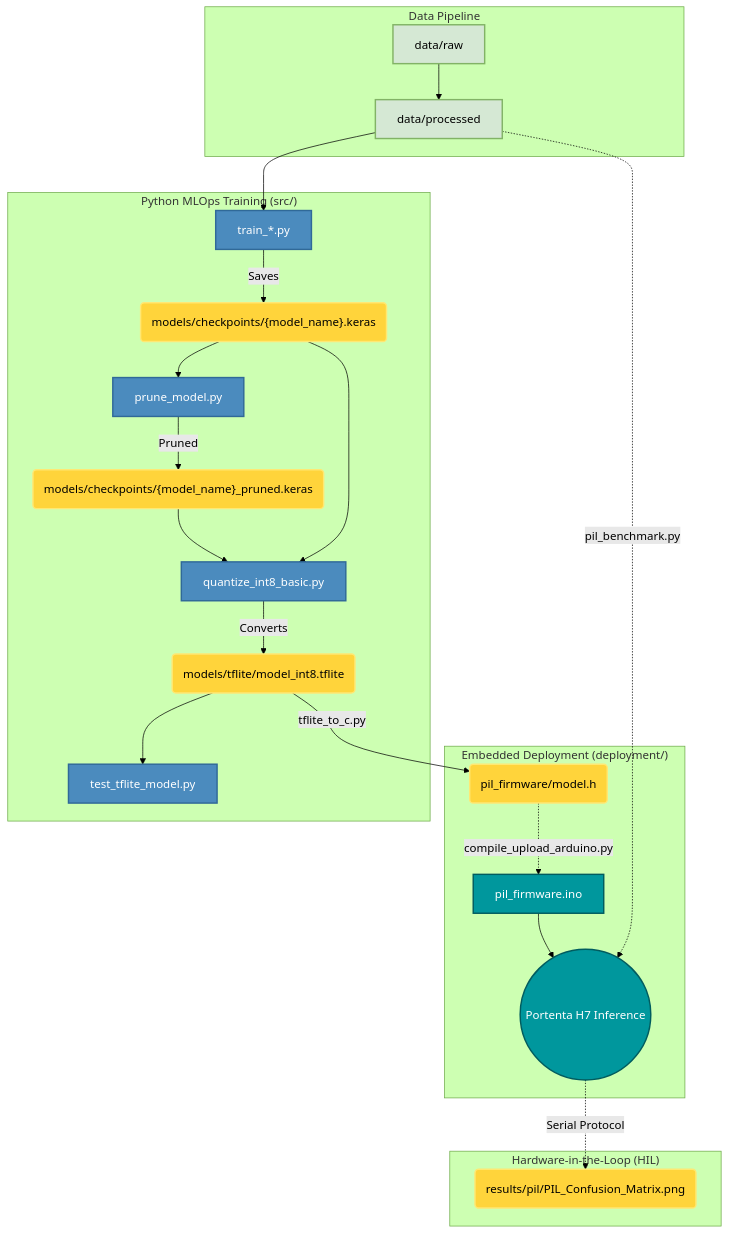
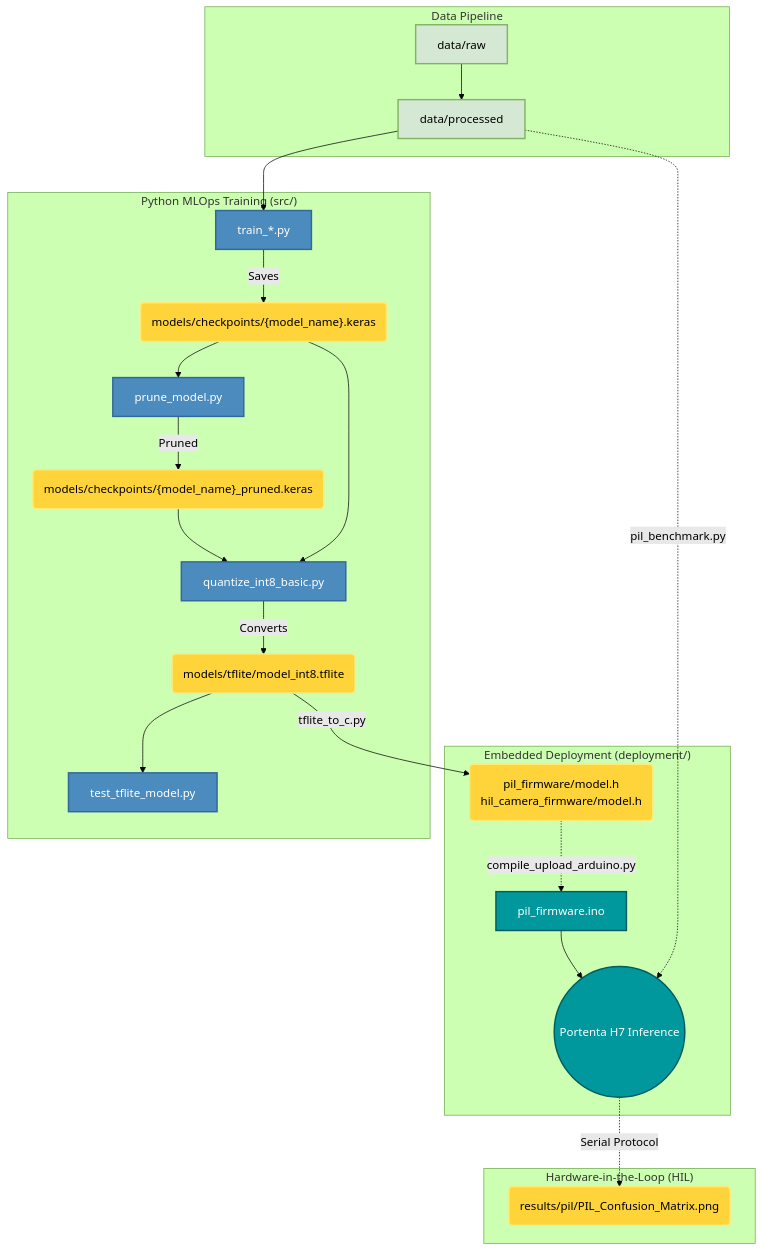
The diagram in README.md (F4bian1012/Investigacion), drawn with Mermaid (forest theme) before and after one commit. The commit also changed other lines of this file, not shown here.

````diff
--- a/README.md
+++ b/README.md
@@ -91,35 +91,35 @@
 ```mermaid
 graph TD
     %% Styling
     classDef default fill:#f9f9f9,stroke:#333,stroke-width:2px,color:#000;
     classDef data fill:#D5E8D4,stroke:#82B366,stroke-width:2px,color:#000;
     classDef python fill:#4B8BBE,stroke:#306998,stroke-width:2px,color:#fff;
     classDef hardware fill:#00979D,stroke:#005C5F,stroke-width:2px,color:#fff;
     classDef artifact fill:#FFD43B,stroke:#FFE873,stroke-width:2px,color:#000;
 
     subgraph "Data Pipeline"
         RAW[data/raw]:::data --> PROC[data/processed]:::data
     end
 
     subgraph "Python MLOps Training (src/)"
         PROC --> TRAIN[train_*.py]:::python
         TRAIN -->|Saves| KERAS("models/checkpoints/{model_name}.keras"):::artifact
         KERAS --> PRUNE[prune_model.py]:::python
         PRUNE -->|Pruned| KERAS_PRUNED("models/checkpoints/{model_name}_pruned.keras"):::artifact
         KERAS --> OPT[quantize_int8_basic.py]:::python
         KERAS_PRUNED --> OPT
         OPT -->|Converts| TFLITE(models/tflite/model_int8.tflite):::artifact
         TFLITE --> EVAL[test_tflite_model.py]:::python
     end
 
     subgraph "Embedded Deployment (deployment/)"
-        TFLITE -->|tflite_to_c.py| HEADER(pil_firmware/model.h):::artifact
+        TFLITE -->|tflite_to_c.py| HEADER("pil_firmware/model.h<br/>hil_camera_firmware/model.h"):::artifact
         HEADER -.->|compile_upload_arduino.py| C_ENGINE[pil_firmware.ino]:::hardware
         C_ENGINE --> INFERENCE((Portenta H7 Inference)):::hardware
     end
 
     subgraph "Hardware-in-the-Loop (HIL)"
         PROC -.->|pil_benchmark.py| INFERENCE
         INFERENCE -.->|Serial Protocol| CM_PLOT(results/pil/PIL_Confusion_Matrix.png):::artifact
     end
 ```
````
